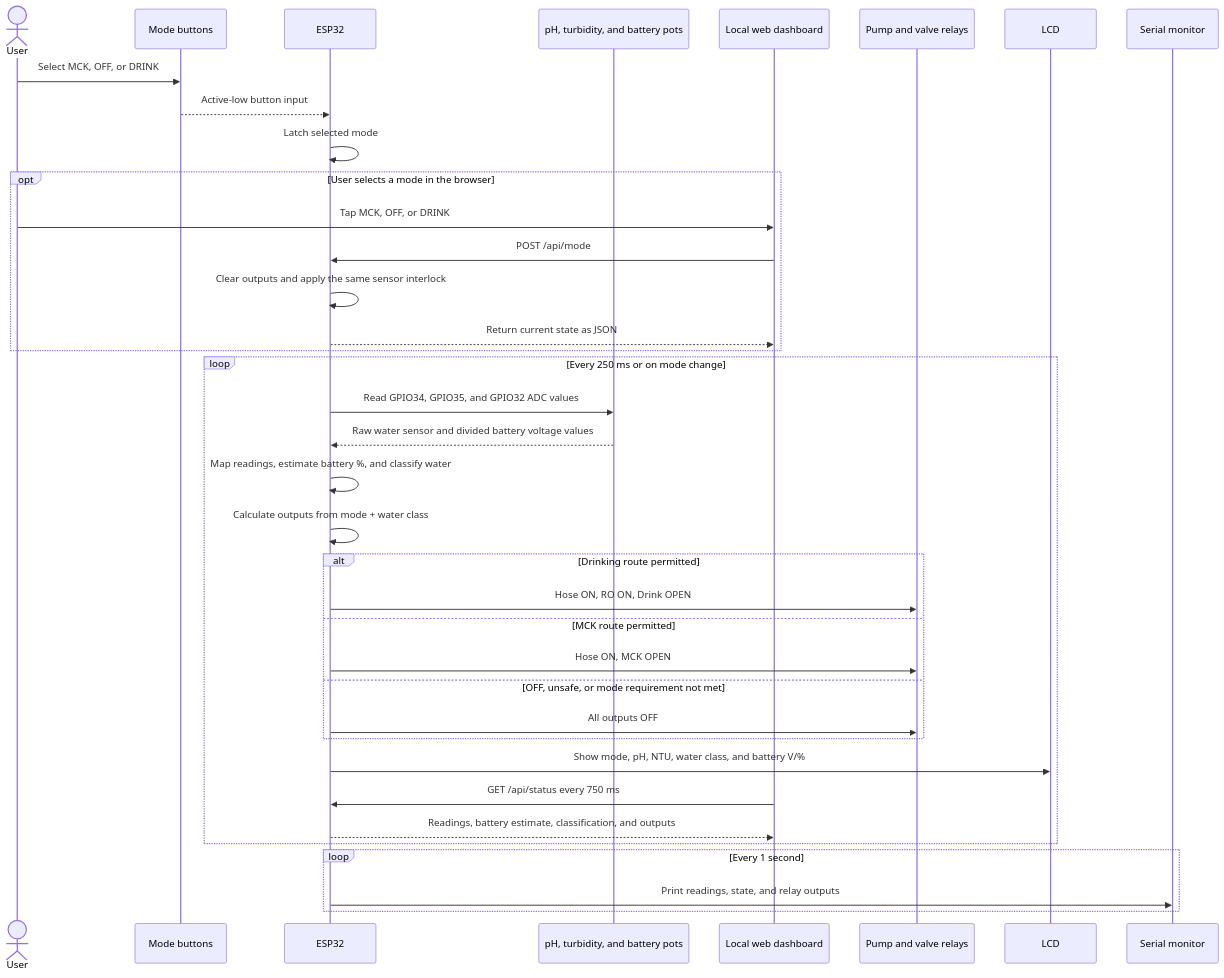
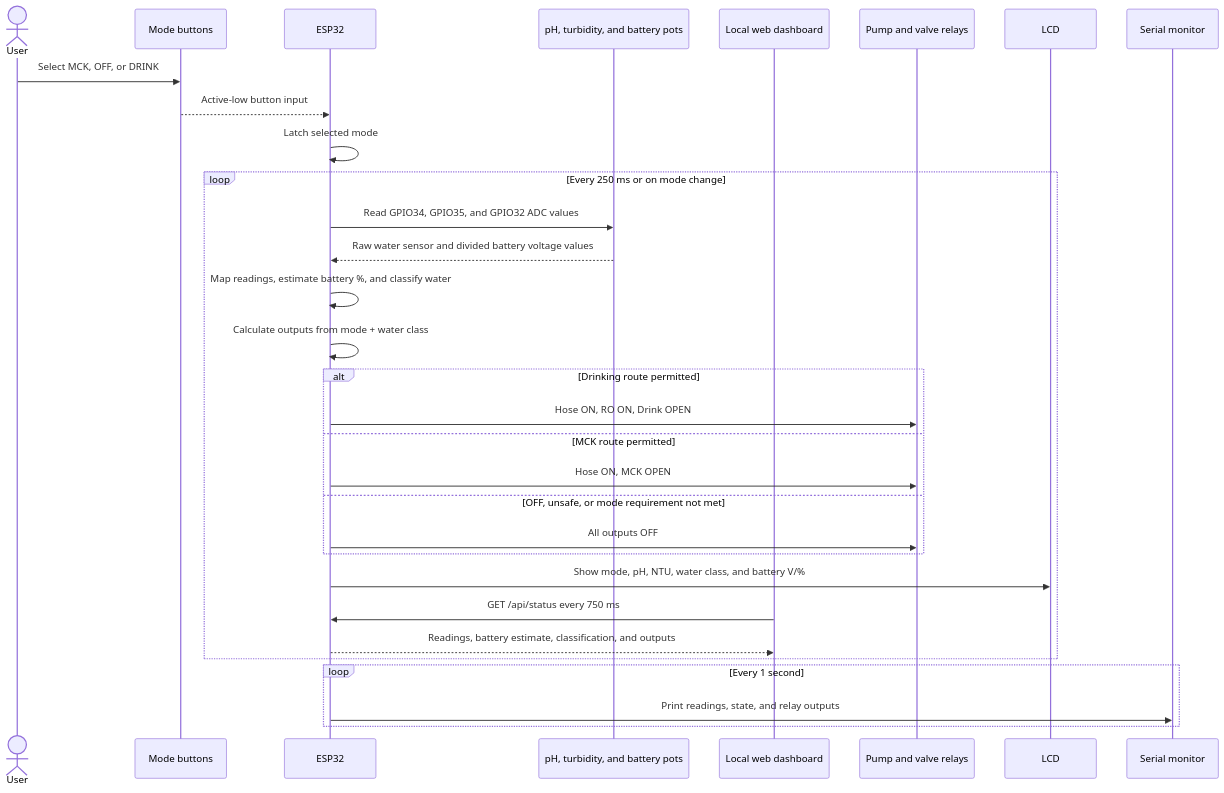
One commit to AlexanderChristhian/O.A.S.I.S changed the second of 2 diagrams in O.A.S.I.S/README.md. Above: the diagram before and after it, drawn with Mermaid. The commit also changed other lines of this file and 3 other files, not shown here.

````diff
--- a/O.A.S.I.S/README.md
+++ b/O.A.S.I.S/README.md
@@ -118,45 +118,38 @@
 ```mermaid
 sequenceDiagram
     actor User
     participant Buttons as Mode buttons
     participant ESP32
     participant Sensors as pH, turbidity, and battery pots
     participant Web as Local web dashboard
     participant Relays as Pump and valve relays
     participant LCD
     participant Serial as Serial monitor
 
     User->>Buttons: Select MCK, OFF, or DRINK
     Buttons-->>ESP32: Active-low button input
     ESP32->>ESP32: Latch selected mode
-
-    opt User selects a mode in the browser
-        User->>Web: Tap MCK, OFF, or DRINK
-        Web->>ESP32: POST /api/mode
-        ESP32->>ESP32: Clear outputs and apply the same sensor interlock
-        ESP32-->>Web: Return current state as JSON
-    end
 
     loop Every 250 ms or on mode change
         ESP32->>Sensors: Read GPIO34, GPIO35, and GPIO32 ADC values
         Sensors-->>ESP32: Raw water sensor and divided battery voltage values
         ESP32->>ESP32: Map readings, estimate battery %, and classify water
         ESP32->>ESP32: Calculate outputs from mode + water class
 
         alt Drinking route permitted
             ESP32->>Relays: Hose ON, RO ON, Drink OPEN
         else MCK route permitted
             ESP32->>Relays: Hose ON, MCK OPEN
         else OFF, unsafe, or mode requirement not met
             ESP32->>Relays: All outputs OFF
         end
 
         ESP32->>LCD: Show mode, pH, NTU, water class, and battery V/%
         Web->>ESP32: GET /api/status every 750 ms
         ESP32-->>Web: Readings, battery estimate, classification, and outputs
     end
 
     loop Every 1 second
         ESP32->>Serial: Print readings, state, and relay outputs
     end
 ```
````
